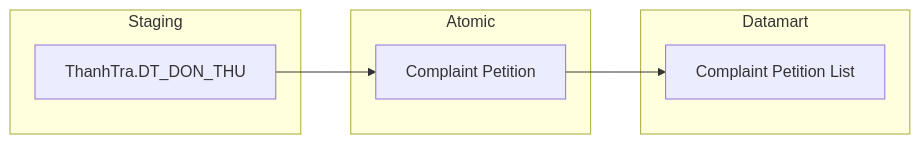
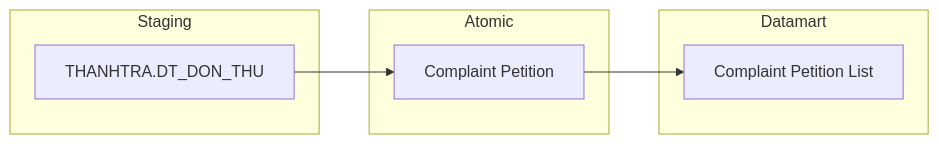
Before and after one commit to linhlvit/ubck_atomic_design: the fifth of 5 diagrams in docs/output/datamart/TT/DTM_TT_PTTK.md, drawn with Mermaid. The commit also changed other lines of this file and 463 other files, not shown here.

````diff
--- a/docs/output/datamart/TT/DTM_TT_PTTK.md
+++ b/docs/output/datamart/TT/DTM_TT_PTTK.md
@@ -175,14 +175,14 @@
 ```mermaid
 flowchart LR
   subgraph Staging
-    ThanhTra_DT_DON_THU["ThanhTra.DT_DON_THU"]
+    THANHTRA_DT_DON_THU["THANHTRA.DT_DON_THU"]
   end
   subgraph Atomic
     cpln_petition["Complaint Petition"]
   end
   subgraph Datamart
     cpln_petition_list["Complaint Petition List"]
   end
-  ThanhTra_DT_DON_THU --> cpln_petition
+  THANHTRA_DT_DON_THU --> cpln_petition
   cpln_petition --> cpln_petition_list
 ```
````
